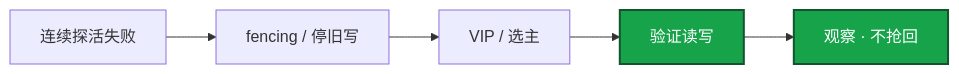
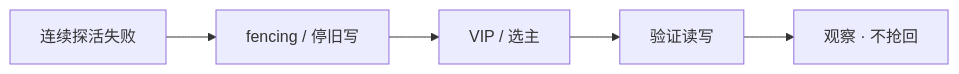
One commit to ml-cuizijun/LearnToLilith changed the fourth of 5 diagrams in 02-基础底座/20-高可用与容灾/知识点.md. Above: the diagram before and after it, drawn with Mermaid. The commit also changed other lines of this file and 107 other files, not shown here.

````diff
--- a/02-基础底座/20-高可用与容灾/知识点.md
+++ b/02-基础底座/20-高可用与容灾/知识点.md
@@ -366,10 +390,7 @@
 ```mermaid
 flowchart LR
     A[连续探活失败] --> B[fencing / 停旧写]
     B --> C[VIP / 选主]
     C --> D[验证读写]
     D --> E[观察 · 不抢回]
-
-    classDef a fill:#16A34A,stroke:#14532D,stroke-width:2px,color:#fff
-    class D,E a
 ```
````
